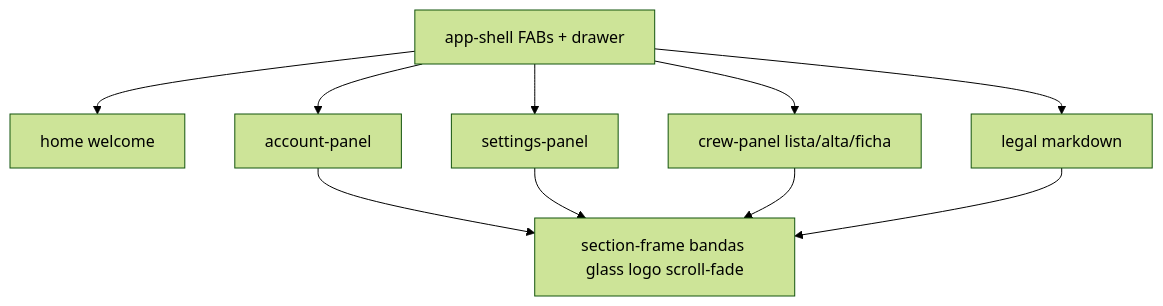
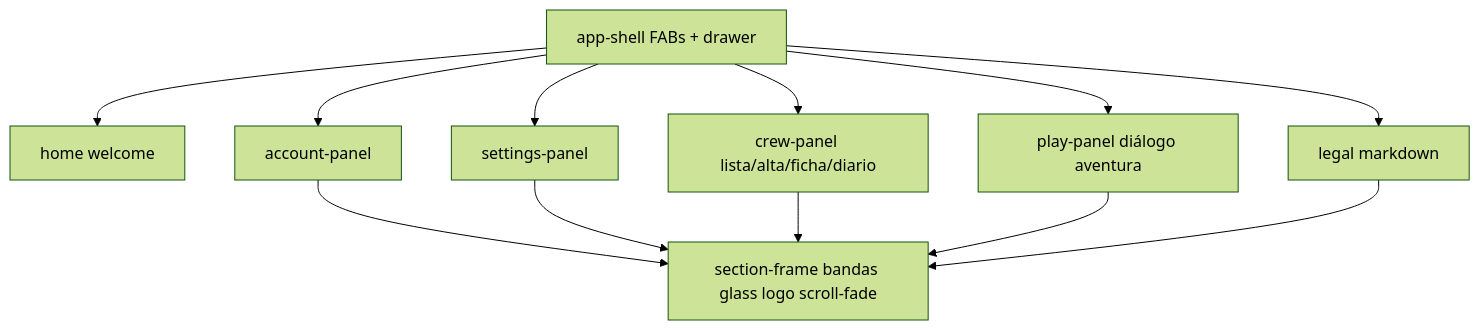
Before and after one commit to KuiperBelt-PRO/kidepik: the first of 2 diagrams in .cursor/diagrams/10-parent-surfaces.md, drawn with Mermaid (forest theme). The commit also changed other lines of this file and 67 other files, not shown here.

````diff
--- a/.cursor/diagrams/10-parent-surfaces.md
+++ b/.cursor/diagrams/10-parent-surfaces.md
@@ -5,16 +5,18 @@
 ```mermaid
 flowchart TB
   Shell[app-shell FABs + drawer]
   Frame[section-frame bandas glass logo scroll-fade]
 
   Shell --> Home[home welcome]
   Shell --> Acc[account-panel]
   Shell --> Set[settings-panel]
-  Shell --> Crew[crew-panel lista/alta/ficha]
+  Shell --> Crew[crew-panel lista/alta/ficha/diario]
+  Shell --> Play[play-panel diálogo aventura]
   Shell --> Legal[legal markdown]
 
   Acc --> Frame
   Set --> Frame
   Crew --> Frame
+  Play --> Frame
   Legal --> Frame
 ```
````
